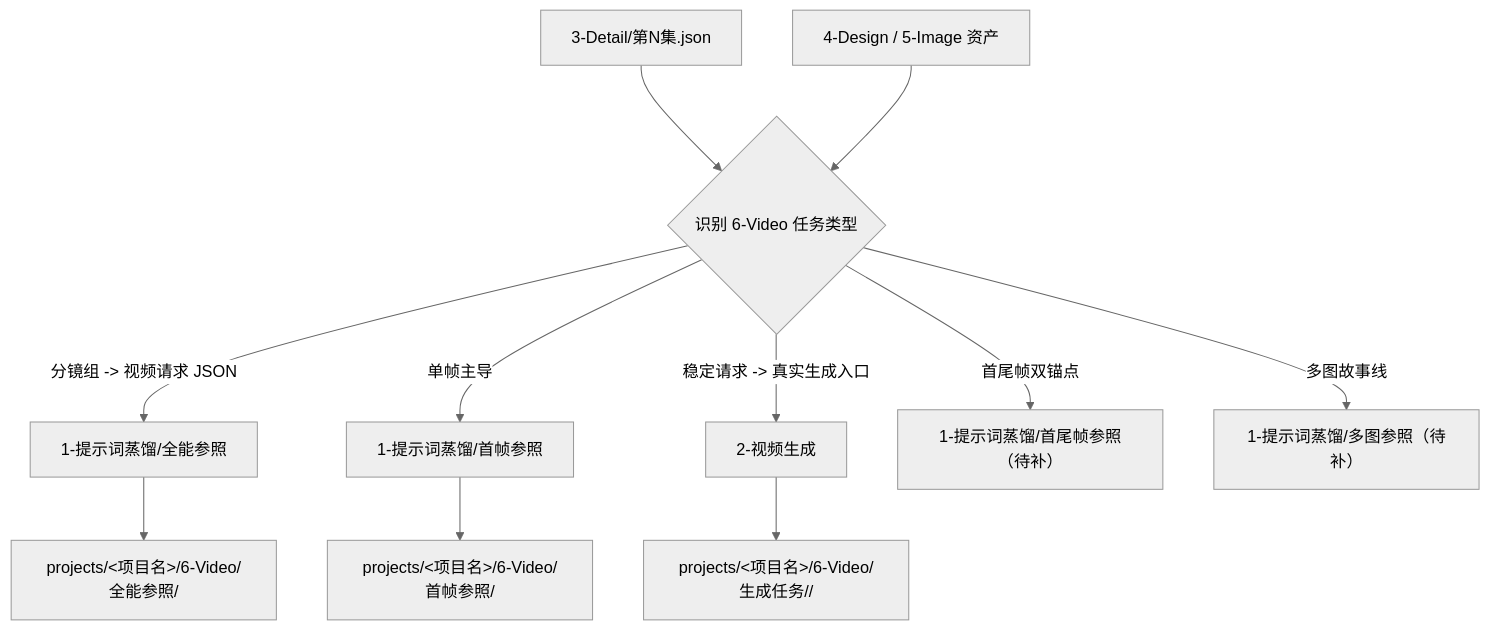
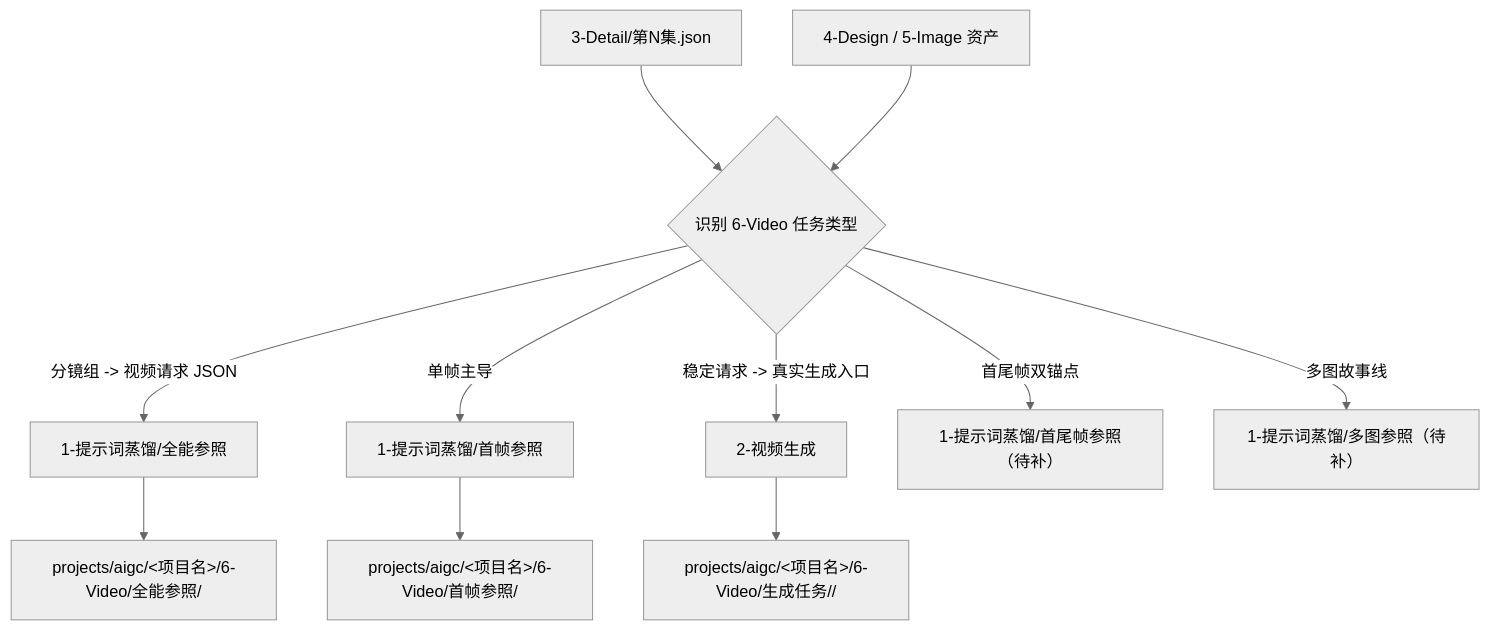
Before and after one commit to ZEN-VOID/AI-CUT: the first of 2 diagrams in .agents/skills/aigc/6-Video/SKILL.md, drawn with Mermaid (neutral theme). The commit also changed other lines of this file and 162 other files, not shown here.

````diff
--- a/.agents/skills/aigc/6-Video/SKILL.md
+++ b/.agents/skills/aigc/6-Video/SKILL.md
@@ -61,13 +61,13 @@
 ```mermaid
 flowchart TD
     A["3-Detail/第N集.json"] --> B{"识别 6-Video 任务类型"}
     C["4-Design / 5-Image 资产"] --> B
     B -->|"分镜组 -> 视频请求 JSON"| D["1-提示词蒸馏/全能参照"]
     B -->|"单帧主导"| E["1-提示词蒸馏/首帧参照"]
     B -->|"稳定请求 -> 真实生成入口"| J["2-视频生成"]
     B -->|"首尾帧双锚点"| F["1-提示词蒸馏/首尾帧参照（待补）"]
     B -->|"多图故事线"| G["1-提示词蒸馏/多图参照（待补）"]
-    D --> H["projects/<项目名>/6-Video/全能参照/"]
-    E --> I["projects/<项目名>/6-Video/首帧参照/"]
-    J --> K["projects/<项目名>/6-Video/生成任务/<provider>/"]
+    D --> H["projects/aigc/<项目名>/6-Video/全能参照/"]
+    E --> I["projects/aigc/<项目名>/6-Video/首帧参照/"]
+    J --> K["projects/aigc/<项目名>/6-Video/生成任务/<provider>/"]
 ```
````
